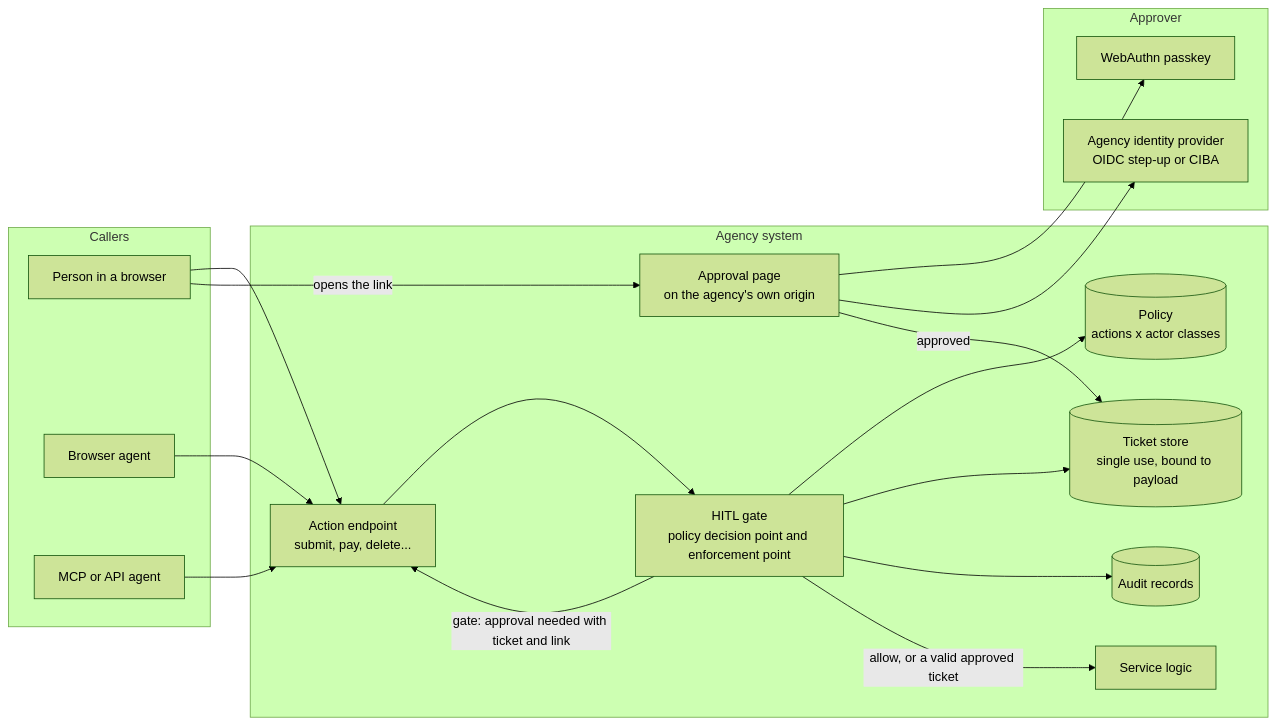
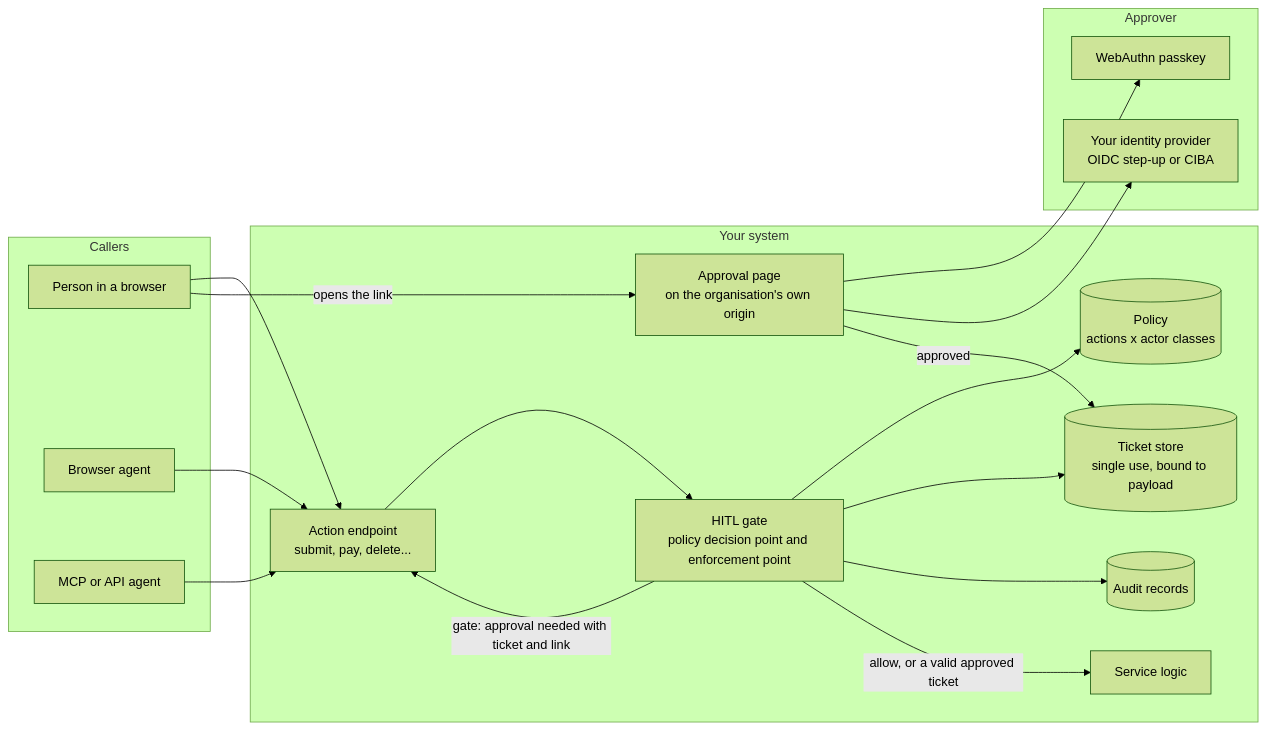
Before and after one commit to WilsonWordsofWisdom/systemsideHITL: the diagram in docs/research/hitl-gate-kit-plan.md, drawn with Mermaid (forest theme). The commit also changed other lines of this file, not shown here.

````diff
--- a/docs/research/hitl-gate-kit-plan.md
+++ b/docs/research/hitl-gate-kit-plan.md
@@ -106,34 +107,34 @@
 ```mermaid
 flowchart LR
   subgraph Callers
     H[Person in a browser]
     BA[Browser agent]
     MA[MCP or API agent]
   end
-  subgraph Agency system
+  subgraph Your system
     R[Action endpoint<br/>submit, pay, delete...]
     G[HITL gate<br/>policy decision point and enforcement point]
     P[(Policy<br/>actions x actor classes)]
     TS[(Ticket store<br/>single use, bound to payload)]
     AU[(Audit records)]
-    A[Approval page<br/>on the agency's own origin]
+    A[Approval page<br/>on the organisation's own origin]
     S[Service logic]
   end
   subgraph Approver
     WA[WebAuthn passkey]
-    IDP[Agency identity provider<br/>OIDC step-up or CIBA]
+    IDP[Your identity provider<br/>OIDC step-up or CIBA]
   end
   H --> R
   BA --> R
   MA --> R
   R --> G
   G --> P
   G --> TS
   G --> AU
   G -- allow, or a valid approved ticket --> S
   G -- gate: approval needed with ticket and link --> R
   H -- opens the link --> A
   A --> WA
   A --> IDP
   A -- approved --> TS
 ```
````
